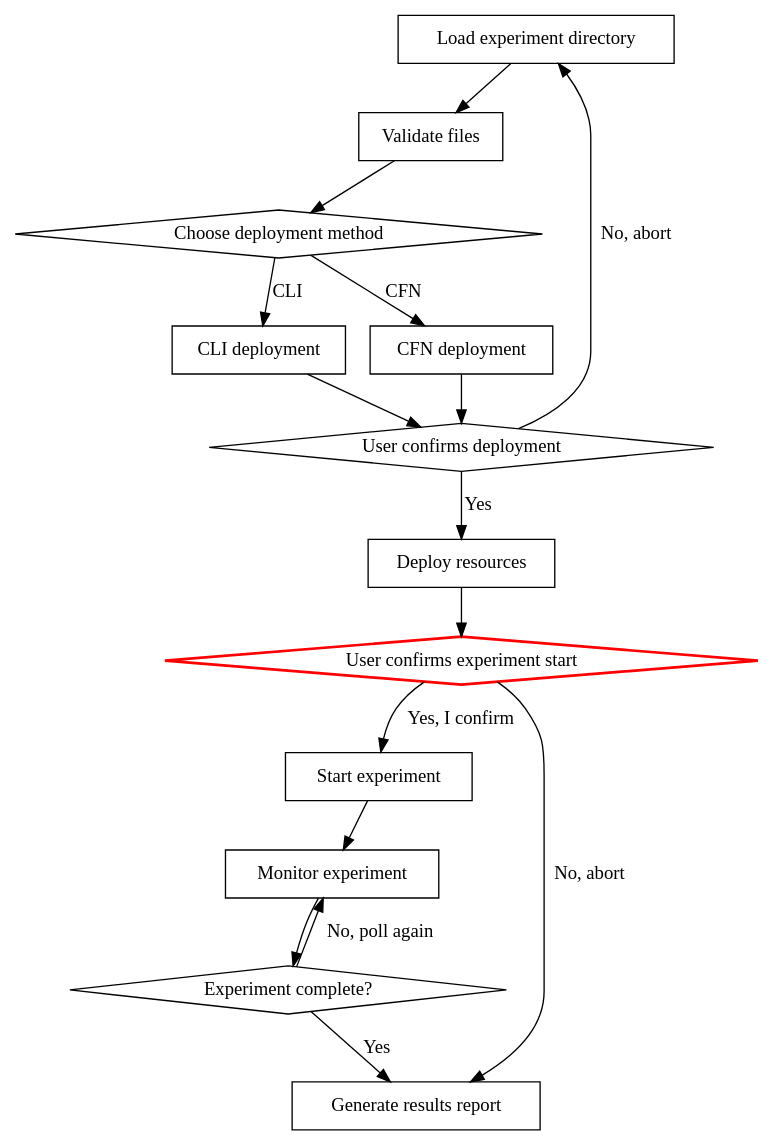
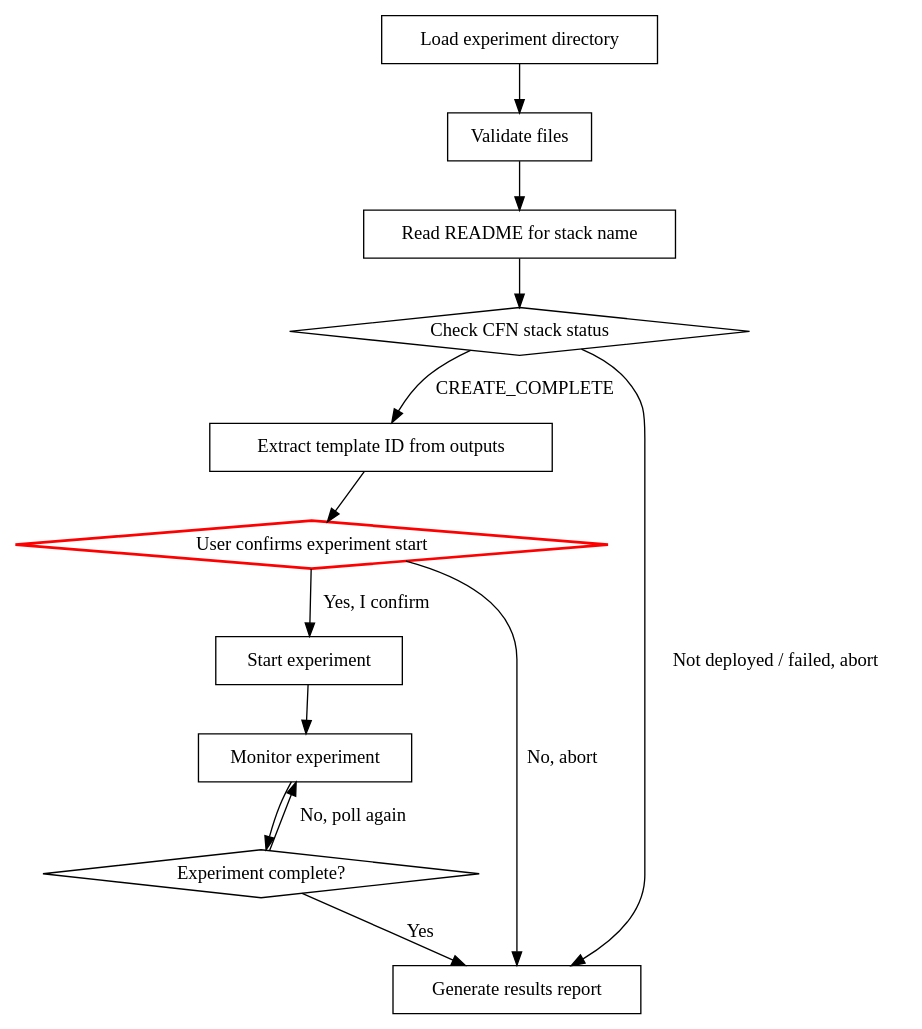
One commit to panlm/skills changed the diagram in aws-fis-experiment-execute/SKILL.md. Above: the diagram before and after it, drawn with Graphviz. The commit also changed other lines of this file and 1 other file, not shown here.

````diff
--- a/aws-fis-experiment-execute/SKILL.md
+++ b/aws-fis-experiment-execute/SKILL.md
@@ -33,32 +37,27 @@
 ```dot
 digraph execute_flow {
     "Load experiment directory" [shape=box];
     "Validate files" [shape=box];
-    "Choose deployment method" [shape=diamond];
-    "CLI deployment" [shape=box];
-    "CFN deployment" [shape=box];
-    "User confirms deployment" [shape=diamond];
-    "Deploy resources" [shape=box];
+    "Read README for stack name" [shape=box];
+    "Check CFN stack status" [shape=diamond];
+    "Extract template ID from outputs" [shape=box];
     "User confirms experiment start" [shape=diamond, style=bold, color=red];
     "Start experiment" [shape=box];
     "Monitor experiment" [shape=box];
     "Experiment complete?" [shape=diamond];
     "Generate results report" [shape=box];
 
     "Load experiment directory" -> "Validate files";
-    "Validate files" -> "Choose deployment method";
-    "Choose deployment method" -> "CLI deployment" [label="CLI"];
-    "Choose deployment method" -> "CFN deployment" [label="CFN"];
-    "CLI deployment" -> "User confirms deployment";
-    "CFN deployment" -> "User confirms deployment";
-    "User confirms deployment" -> "Deploy resources" [label="Yes"];
-    "User confirms deployment" -> "Load experiment directory" [label="No, abort"];
-    "Deploy resources" -> "User confirms experiment start";
+    "Validate files" -> "Read README for stack name";
+    "Read README for stack name" -> "Check CFN stack status";
+    "Check CFN stack status" -> "Extract template ID from outputs" [label="CREATE_COMPLETE"];
+    "Check CFN stack status" -> "Generate results report" [label="Not deployed / failed, abort"];
+    "Extract template ID from outputs" -> "User confirms experiment start";
     "User confirms experiment start" -> "Start experiment" [label="Yes, I confirm"];
     "User confirms experiment start" -> "Generate results report" [label="No, abort"];
     "Start experiment" -> "Monitor experiment";
-    "Monitor experiment" -> "Experiment complete?" ;
+    "Monitor experiment" -> "Experiment complete?";
     "Experiment complete?" -> "Monitor experiment" [label="No, poll again"];
     "Experiment complete?" -> "Generate results report" [label="Yes"];
 }
 ```
````
